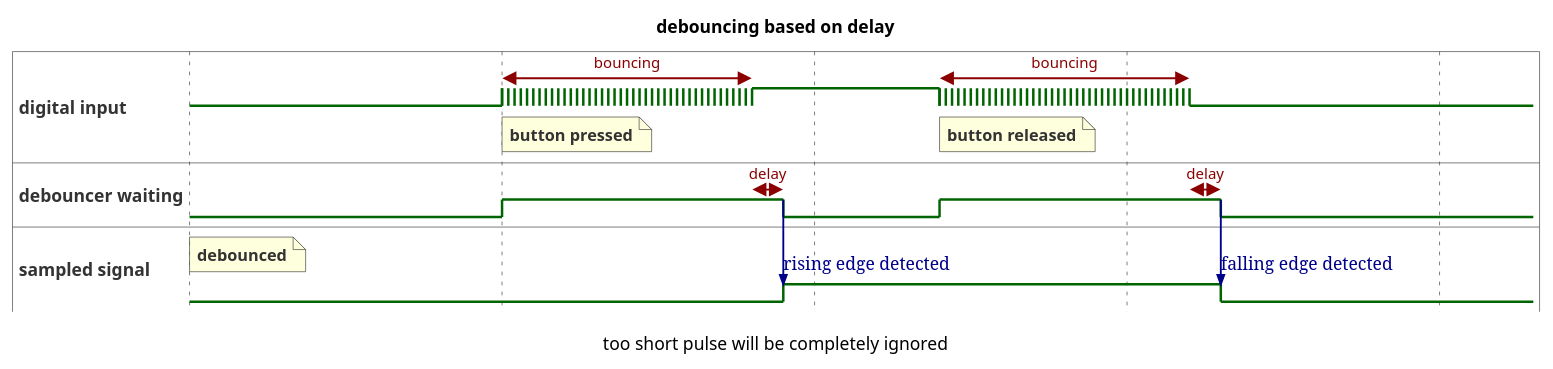
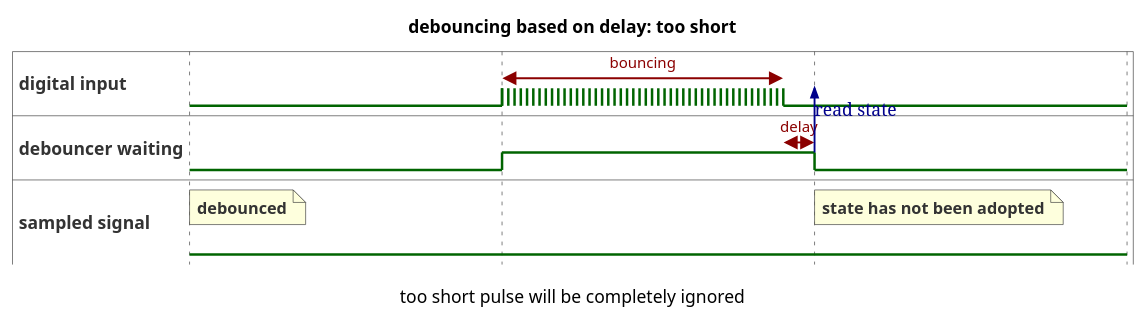
Before and after one commit to dhebbeker/task-tracker: the diagram in lib/3rd_party_adapters/FreeRTOS/bouncing-delay-too-short.puml, drawn with PlantUML. The commit also changed 3 other files, not shown here.

First line of the commit message:
Adjust timing diagrams for debouncing.

```diff
--- a/lib/3rd_party_adapters/FreeRTOS/bouncing-delay-too-short.puml
+++ b/lib/3rd_party_adapters/FreeRTOS/bouncing-delay-too-short.puml
@@ -1,39 +1,26 @@
 @startuml
-title debouncing based on delay
+title debouncing based on delay: too short
 caption too short pulse will be completely ignored
 hide time-axis
 scale 1 as 250 pixels
 binary "digital input" as D
 binary "debouncer waiting" as W
 binary "sampled signal" as B
 
 @0
 D is low
 note top of B : debounced
 B is low
 @+1
 D is {low,high}
 W is high
-note bottom of D : button pressed
-D@+0 <-> @+0.8 : bouncing
-@+0.8
-W@+0 <-> @+0.1 : delay
-D is high
-@+0.1
-W is low
-W -> B : rising edge detected
-B is high
-@+0.5
-note bottom of D : button released
-D is {low,high}
-W is high
-D@+0 <-> @+0.8 : bouncing
-@+0.8
+D@+0 <-> @+0.9 : bouncing
+@+0.9
 D is low
 W@+0 <-> @+0.1 : delay
 @+0.1
+W -> D : read state
 W is low
-W -> B : falling edge detected
-B is low
+note top of B : state has not been adopted
 
 @enduml
```
